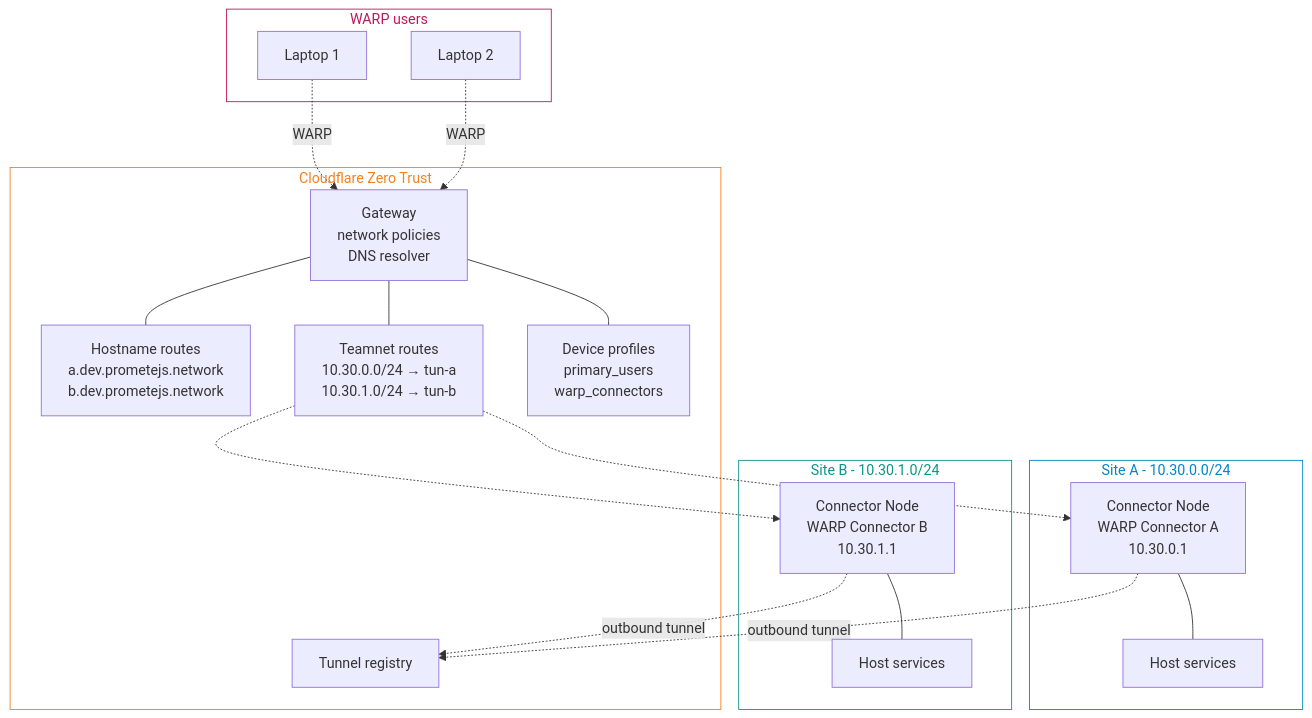
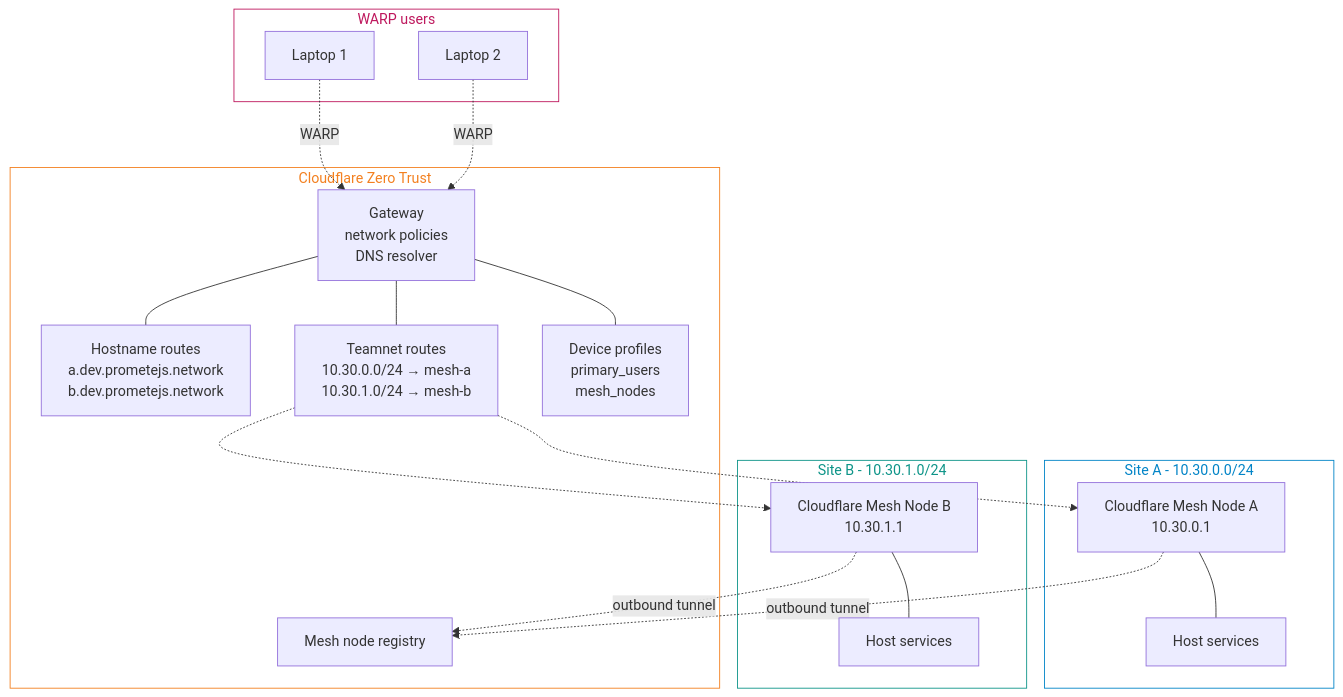
The second of 3 diagrams in README.md (prometejs/cf-mesh-terraform-infra), drawn with Mermaid before and after one commit. The commit also changed other lines of this file and 18 other files, not shown here.

````diff
--- a/README.md
+++ b/README.md
@@ -40,47 +42,47 @@
 ```mermaid
 flowchart TB
     subgraph CF[Cloudflare Zero Trust]
         GW[Gateway<br/>network policies<br/>DNS resolver]
-        TREG[Tunnel registry]
+        TREG[Mesh node registry]
         HRR[Hostname routes<br/>a.dev.prometejs.network<br/>b.dev.prometejs.network]
-        TRR[Teamnet routes<br/>10.30.0.0/24 → tun-a<br/>10.30.1.0/24 → tun-b]
-        PROF[Device profiles<br/>primary_users<br/>warp_connectors]
+        TRR[Teamnet routes<br/>10.30.0.0/24 → mesh-a<br/>10.30.1.0/24 → mesh-b]
+        PROF[Device profiles<br/>primary_users<br/>mesh_nodes]
     end
 
     subgraph SA[Site A - 10.30.0.0/24]
-        CA[Connector Node<br/>WARP Connector A<br/>10.30.0.1]
+        CA[Cloudflare Mesh Node A<br/>10.30.0.1]
         HOSTA[Host services]
         CA --- HOSTA
     end
 
     subgraph SB[Site B - 10.30.1.0/24]
-        CB[Connector Node<br/>WARP Connector B<br/>10.30.1.1]
+        CB[Cloudflare Mesh Node B<br/>10.30.1.1]
         HOSTB[Host services]
         CB --- HOSTB
     end
 
     subgraph USERS[WARP users]
         U1[Laptop 1]
         U2[Laptop 2]
     end
 
     CA -.outbound tunnel.-> TREG
     CB -.outbound tunnel.-> TREG
     U1 -.WARP.-> GW
     U2 -.WARP.-> GW
     GW --- PROF
     GW --- HRR
     GW --- TRR
     TRR -.-> CA
     TRR -.-> CB
 
     classDef cfStyle fill:transparent,stroke:#f38020,stroke-width:1px,color:#f38020
     classDef siteAStyle fill:transparent,stroke:#0284c7,stroke-width:1px,color:#0284c7
     classDef siteBStyle fill:transparent,stroke:#0d9488,stroke-width:1px,color:#0d9488
     classDef usersStyle fill:transparent,stroke:#be185d,stroke-width:1px,color:#be185d
 
     class CF cfStyle
     class SA siteAStyle
     class SB siteBStyle
     class USERS usersStyle
 ```
````
